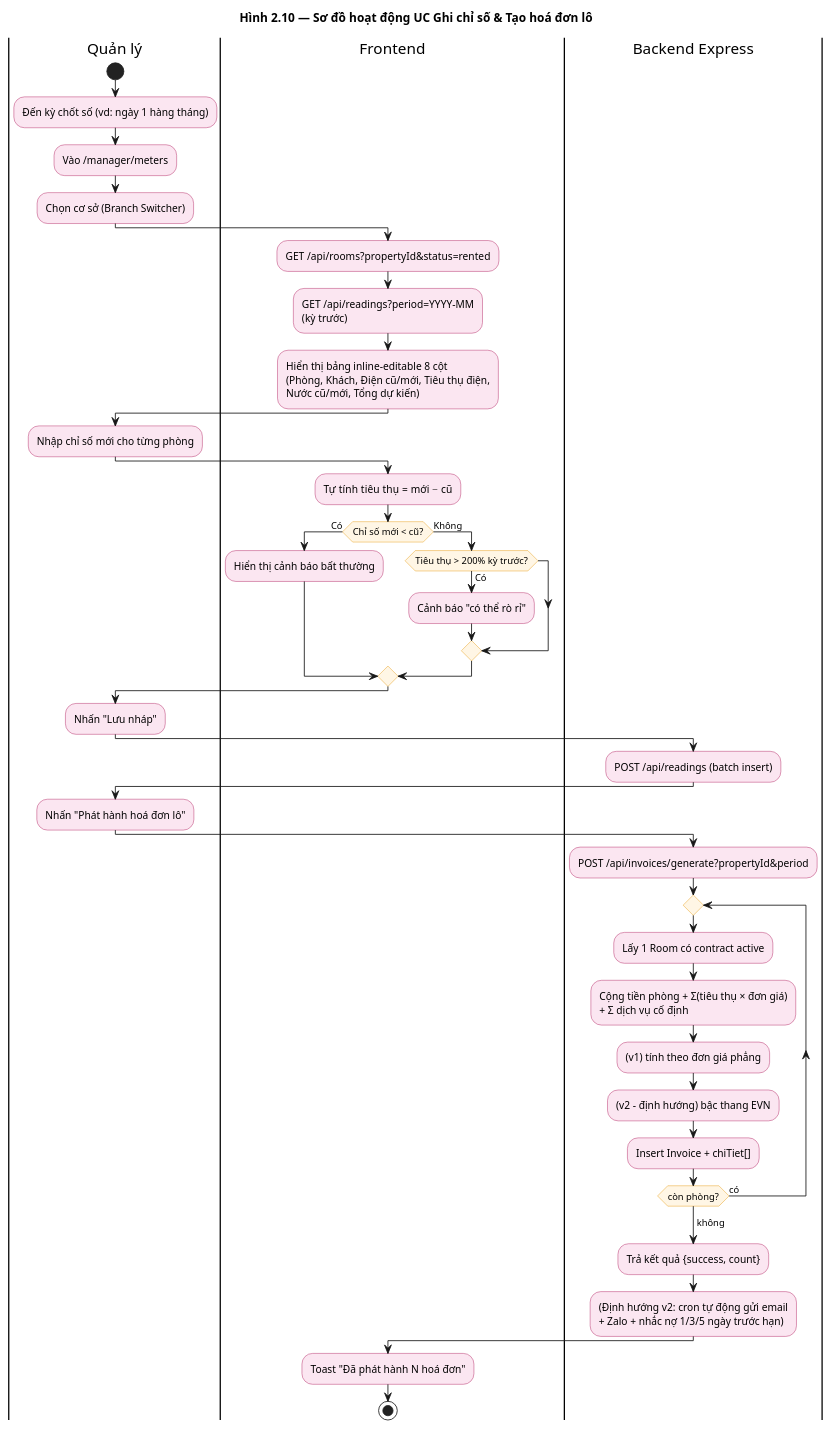
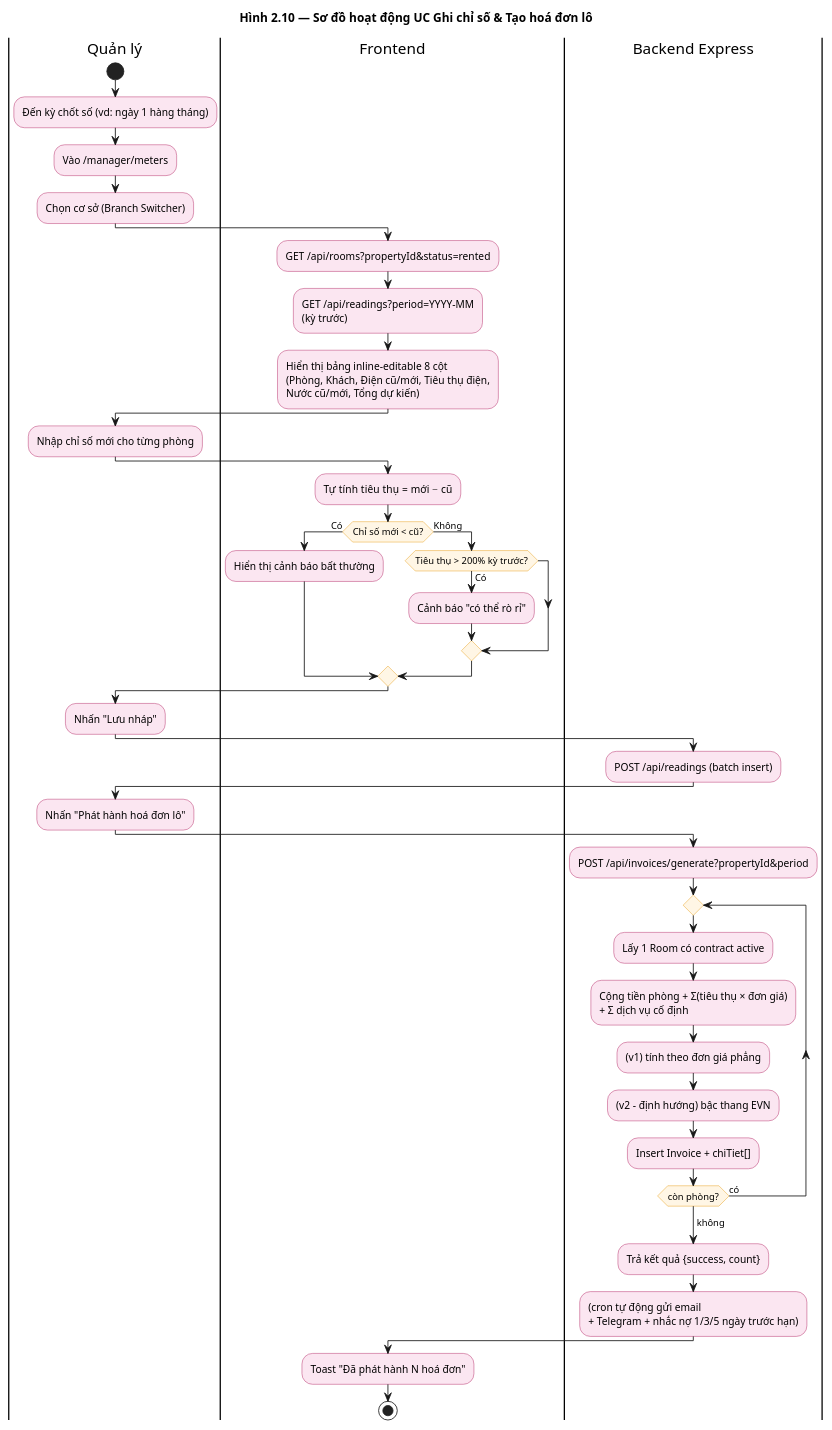
Before and after one commit to DiepTuHuy/Hostel_Management: the diagram in docs/diagrams/2.10_act_meter_invoice.puml, drawn with PlantUML. The commit also changed 32 other files, not shown here.

```diff
--- a/docs/diagrams/2.10_act_meter_invoice.puml
+++ b/docs/diagrams/2.10_act_meter_invoice.puml
@@ -1,62 +1,62 @@
 @startuml Act_Meter_Invoice
 title Hình 2.10 — Sơ đồ hoạt động UC Ghi chỉ số & Tạo hoá đơn lô
 
 skinparam shadowing false
 skinparam activity {
   BackgroundColor #FBE6F1
   BorderColor #AD1457
   DiamondBackgroundColor #FFF6E5
   DiamondBorderColor #E59300
 }
 
 |Quản lý|
 start
 :Đến kỳ chốt số (vd: ngày 1 hàng tháng);
 :Vào /manager/meters;
 :Chọn cơ sở (Branch Switcher);
 
 |Frontend|
 :GET /api/rooms?propertyId&status=rented;
 :GET /api/readings?period=YYYY-MM\n(kỳ trước);
 :Hiển thị bảng inline-editable 8 cột\n(Phòng, Khách, Điện cũ/mới, Tiêu thụ điện,\nNước cũ/mới, Tổng dự kiến);
 
 |Quản lý|
 :Nhập chỉ số mới cho từng phòng;
 
 |Frontend|
 :Tự tính tiêu thụ = mới − cũ;
 if (Chỉ số mới < cũ?) then (Có)
   :Hiển thị cảnh báo bất thường;
 else (Không)
   if (Tiêu thụ > 200% kỳ trước?) then (Có)
     :Cảnh báo "có thể rò rỉ";
   endif
 endif
 
 |Quản lý|
 :Nhấn "Lưu nháp";
 
 |Backend Express|
 :POST /api/readings (batch insert);
 
 |Quản lý|
 :Nhấn "Phát hành hoá đơn lô";
 
 |Backend Express|
 :POST /api/invoices/generate?propertyId&period;
 repeat
   :Lấy 1 Room có contract active;
   :Cộng tiền phòng + Σ(tiêu thụ × đơn giá)\n+ Σ dịch vụ cố định;
   :(v1) tính theo đơn giá phẳng;
   :(v2 - định hướng) bậc thang EVN;
   :Insert Invoice + chiTiet[];
 repeat while (còn phòng?) is (có)
 ->không;
 :Trả kết quả {success, count};
-:(Định hướng v2: cron tự động gửi email\n+ Zalo + nhắc nợ 1/3/5 ngày trước hạn);
+:(cron tự động gửi email\n+ Telegram + nhắc nợ 1/3/5 ngày trước hạn);
 
 |Frontend|
 :Toast "Đã phát hành N hoá đơn";
 stop
 
 @enduml
```
